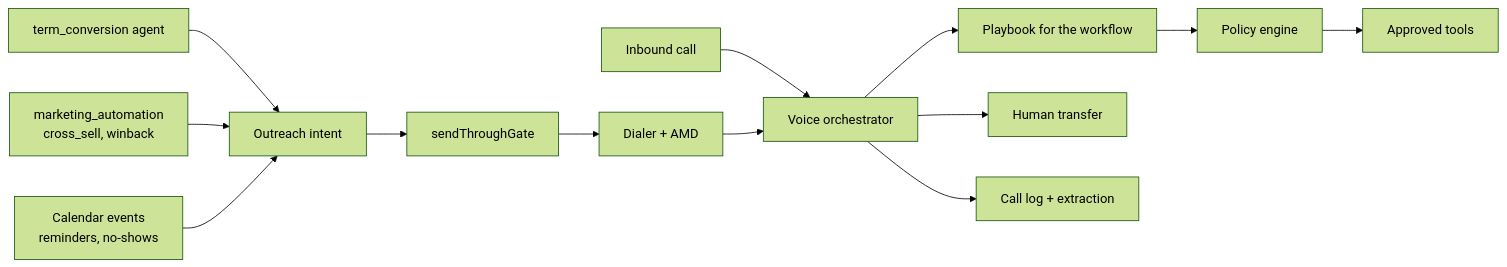
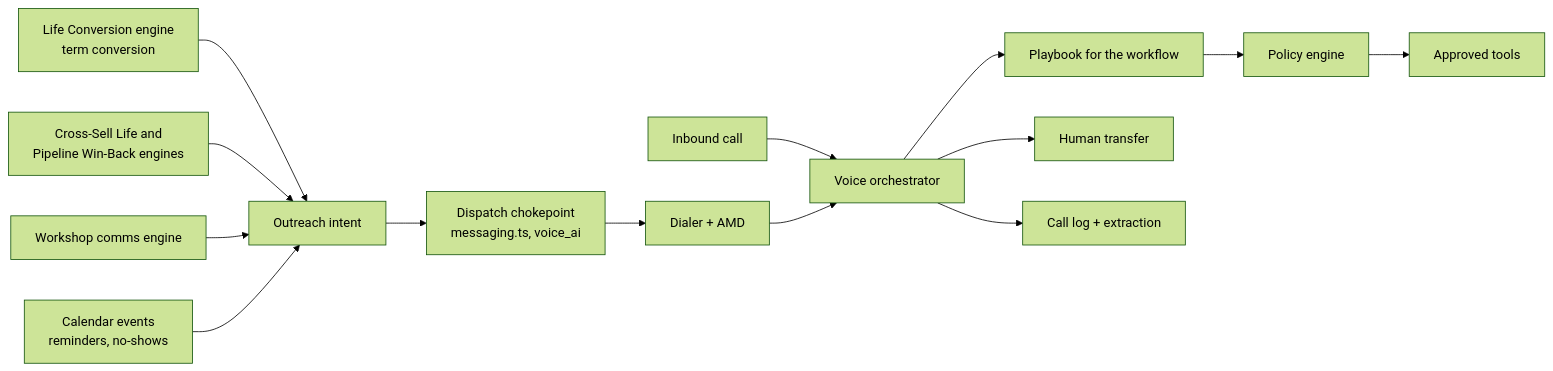
The diagram in docs/voice/voice-agent-plan.md (AutolenisWebDeveloper/FSOS), drawn with Mermaid (forest theme) before and after one commit. The commit also changed other lines of this file and 3 other files, not shown here.

````diff
--- a/docs/voice/voice-agent-plan.md
+++ b/docs/voice/voice-agent-plan.md
@@ -73,15 +75,16 @@
 ```mermaid
 flowchart LR
-  TC[term_conversion agent] --> OI[Outreach intent]
-  MA[marketing_automation<br/>cross_sell, winback] --> OI
+  LC[Life Conversion engine<br/>term conversion] --> OI[Outreach intent]
+  XW[Cross-Sell Life and<br/>Pipeline Win-Back engines] --> OI
+  WS[Workshop comms engine] --> OI
   CAL[Calendar events<br/>reminders, no-shows] --> OI
-  OI --> GATE[sendThroughGate]
+  OI --> GATE[Dispatch chokepoint<br/>messaging.ts, voice_ai]
   GATE --> DIAL[Dialer + AMD]
   IN[Inbound call] --> ORCH[Voice orchestrator]
   DIAL --> ORCH
   ORCH --> PB[Playbook for the workflow]
   PB --> POL[Policy engine]
   POL --> TOOLS[Approved tools]
   ORCH --> HAND[Human transfer]
   ORCH --> LOG[Call log + extraction]
 ```
````
